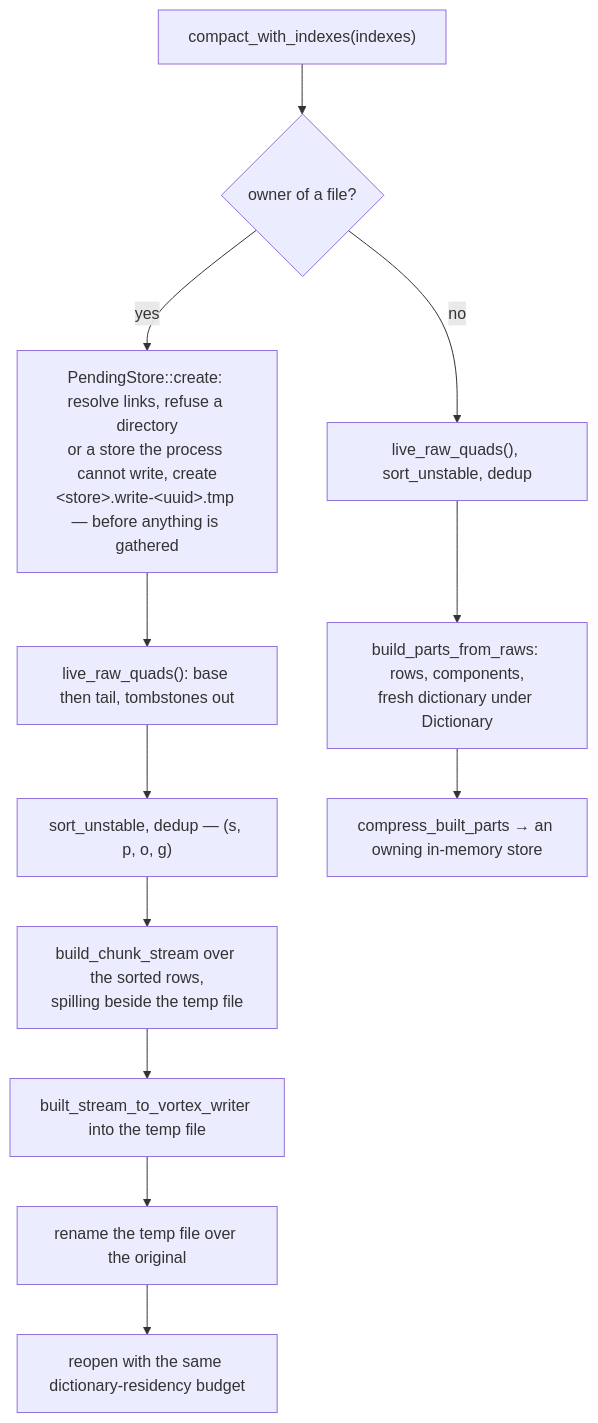
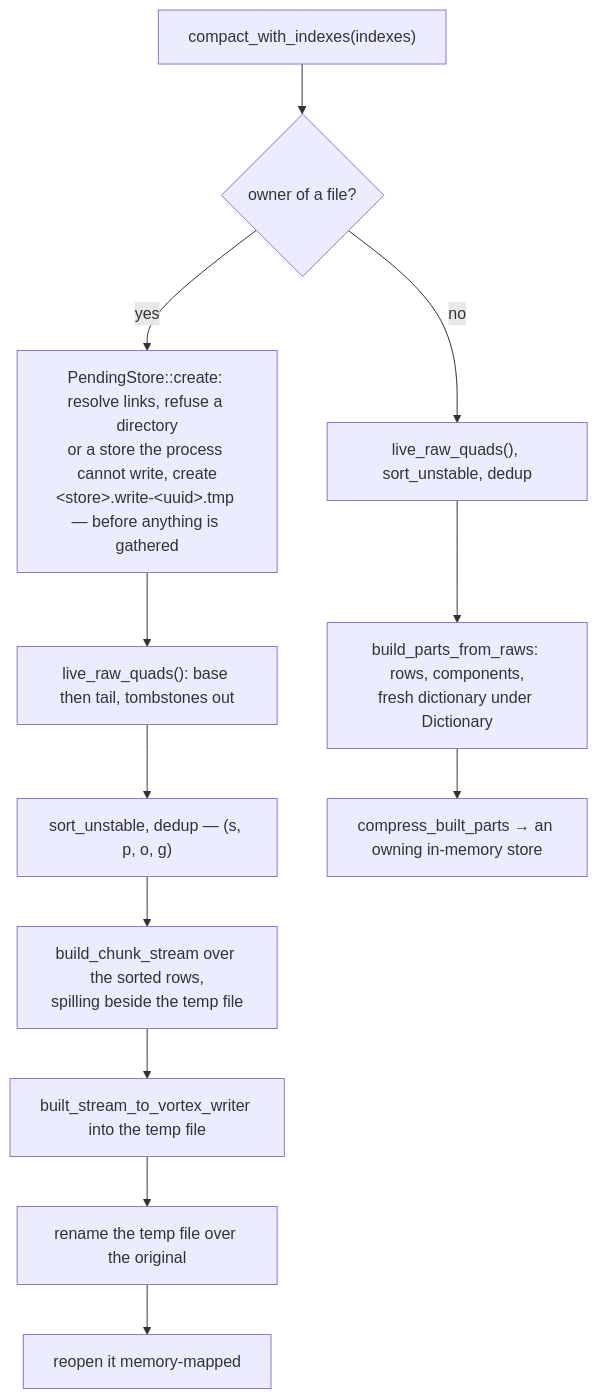
Before and after one commit to vortex-rdf/vortex-rdf: the fourth of 4 diagrams in docs/mutations.md, drawn with Mermaid. The commit also changed other lines of this file and 1 other file, not shown here.

First line of the commit message:
docs: update serialization.md and mutations.md for mapped stores

````diff
--- a/docs/mutations.md
+++ b/docs/mutations.md
@@ -199,14 +199,14 @@
 ```mermaid
 flowchart TD
     C["compact_with_indexes(indexes)"] --> O{"owner of a file?"}
     O -- "yes" --> P["PendingStore::create: resolve links, refuse a directory<br/>or a store the process cannot write, create<br/>&lt;store&gt;.write-&lt;uuid&gt;.tmp — before anything is gathered"]
     P --> L["live_raw_quads(): base then tail, tombstones out"]
     L --> S["sort_unstable, dedup — (s, p, o, g)"]
     S --> F1["build_chunk_stream over the sorted rows,<br/>spilling beside the temp file"]
     F1 --> F2["built_stream_to_vortex_writer into the temp file"]
     F2 --> F3["rename the temp file over the original"]
-    F3 --> F4["reopen with the same dictionary-residency budget"]
+    F3 --> F4["reopen it memory-mapped"]
     O -- "no" --> L2["live_raw_quads(), sort_unstable, dedup"]
     L2 --> M1["build_parts_from_raws: rows, components,<br/>fresh dictionary under Dictionary"]
     M1 --> M2["compress_built_parts → an owning in-memory store"]
 ```
````
